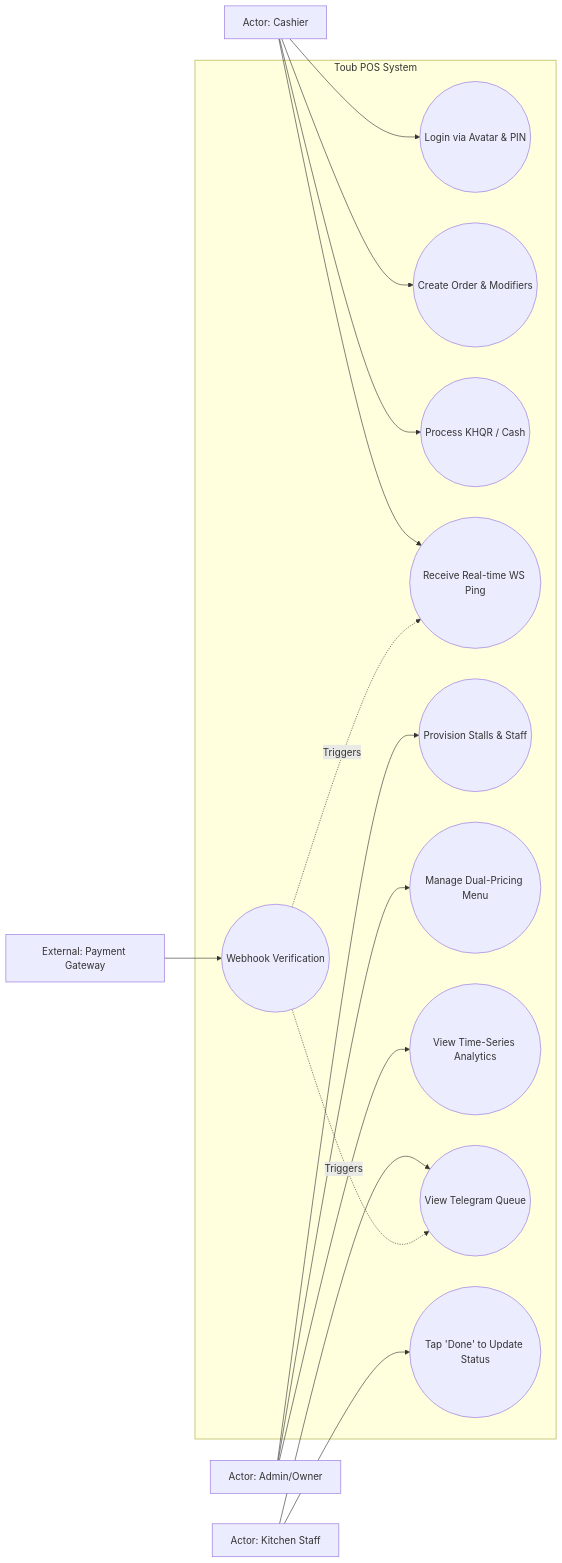
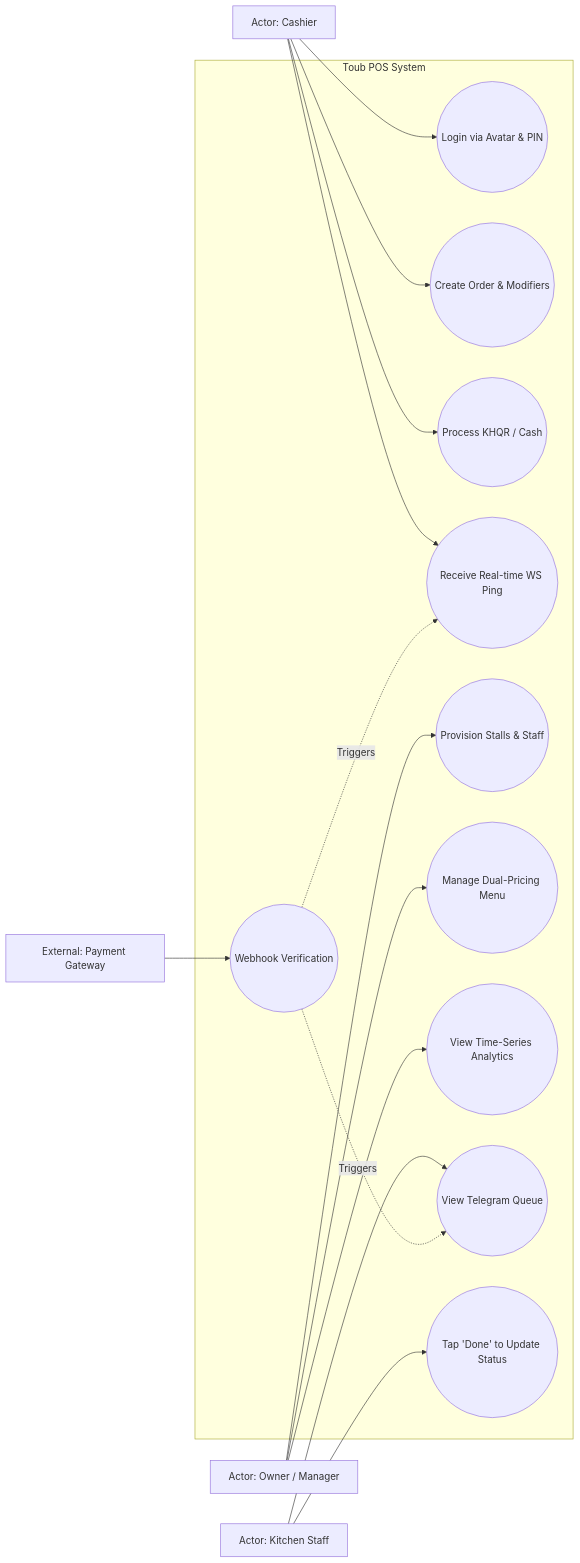
The first of 5 diagrams in context/software-engineering.md (sothyvan/TOUB_POS), drawn with Mermaid before and after one commit. The commit also changed 56 other files, not shown here.

````diff
--- a/context/software-engineering.md
+++ b/context/software-engineering.md
@@ -168,44 +168,44 @@
 ```mermaid
 flowchart LR
   Cashier[Actor: Cashier]
-  Manager[Actor: Admin/Owner]
+  Manager[Actor: Owner / Manager]
   Cook[Actor: Kitchen Staff]
   Gateway[External: Payment Gateway]
 
   subgraph SystemBoundary[Toub POS System]
     %% Cashier Flow
     UC1((Login via Avatar & PIN))
     UC2((Create Order & Modifiers))
     UC3((Process KHQR / Cash))
     UC4((Receive Real-time WS Ping))
     
     %% Manager Flow
     UC5((Provision Stalls & Staff))
     UC6((Manage Dual-Pricing Menu))
     UC7((View Time-Series Analytics))
 
     %% Kitchen Flow
     UC8((View Telegram Queue))
     UC9((Tap 'Done' to Update Status))
 
     %% System Flow
     UC10((Webhook Verification))
   end
 
   %% Connections
   Cashier --> UC1
   Cashier --> UC2
   Cashier --> UC3
   Cashier --> UC4
 
   Manager --> UC5
   Manager --> UC6
   Manager --> UC7
 
   Cook --> UC8
   Cook --> UC9
 
   Gateway --> UC10
   UC10 -.->|Triggers| UC4
   UC10 -.->|Triggers| UC8
 ```
````
